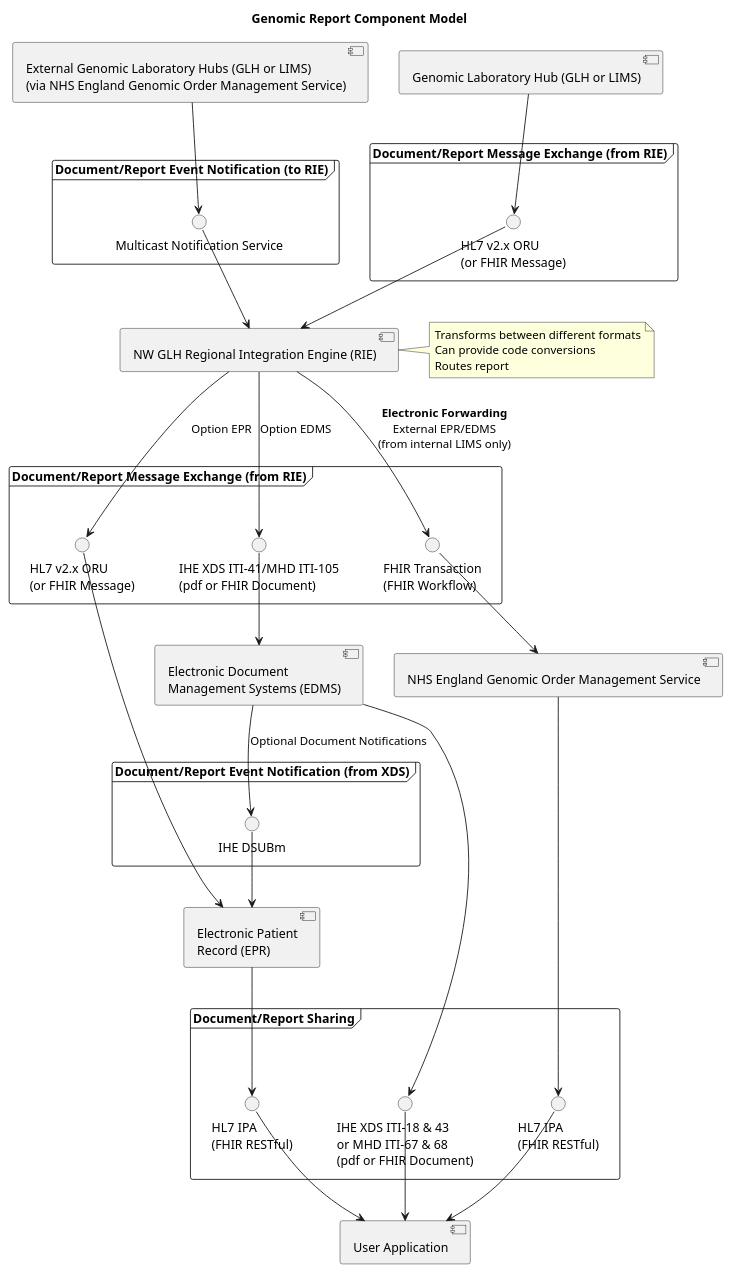
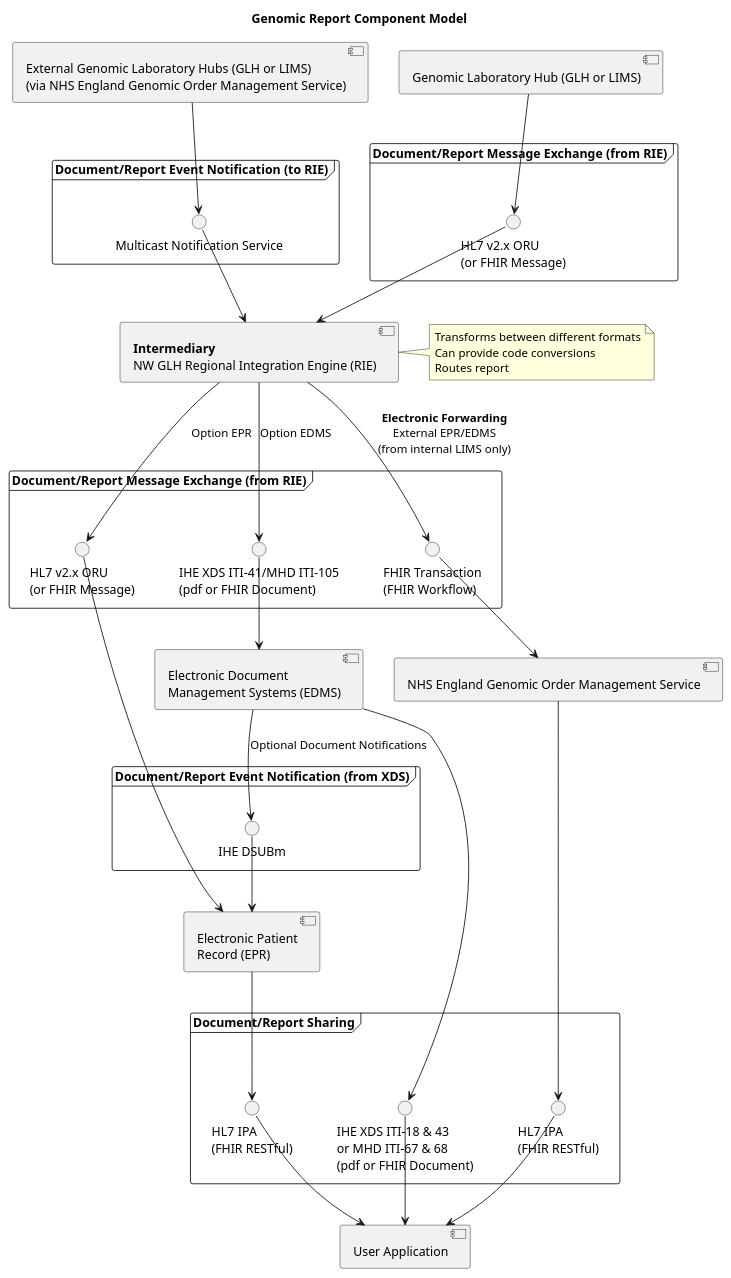
The diagram in input/images-source/reports-component.plantuml (nw-gmsa/nw-gmsa.github.com), drawn with PlantUML before and after one commit. The commit also changed 11 other files, not shown here.

```diff
--- a/input/images-source/reports-component.plantuml
+++ b/input/images-source/reports-component.plantuml
@@ -1,77 +1,77 @@
 @startuml
 
 title "Genomic Report Component Model"
 
 component "Genomic Laboratory Hub (GLH or LIMS)" as LIMS
 component "External Genomic Laboratory Hubs (GLH or LIMS)\n(via NHS England Genomic Order Management Service)" as xLIMS
 
 component "Electronic Patient\nRecord (EPR)" as EPR
 
 component "Electronic Document\nManagement Systems (EDMS)" as EDMS
 
-component "NW GLH Regional Integration Engine (RIE)" as TIE
+component "**Intermediary**\nNW GLH Regional Integration Engine (RIE)" as TIE
 component "NHS England Genomic Order Management Service" as GOMS
 
 frame "Document/Report Event Notification (to RIE)" as xNofify1 {
  interface "Multicast Notification Service" as MNS
 }
 frame "Document/Report Event Notification (from XDS)" as xNofify2 {
 interface "IHE DSUBm" as DSUBm
 }
 
 frame "Document/Report Message Exchange (from RIE)" as xChange1 {
  interface "HL7 v2.x ORU\n(or FHIR Message)" as HL7_ORU1
 }
 
 frame "Document/Report Message Exchange (from RIE)" as xChange2 {
 
  interface "HL7 v2.x ORU\n(or FHIR Message)" as HL7_ORU2
  interface "IHE XDS ITI-41/MHD ITI-105\n(pdf or FHIR Document)" as MHD105
  interface "FHIR Transaction\n(FHIR Workflow)" as Transaction
 }
 
 
 frame "Document/Report Sharing" as xShare {
   interface "HL7 IPA\n(FHIR RESTful)" as IPA
   interface "IHE XDS ITI-18 & 43\nor MHD ITI-67 & 68\n(pdf or FHIR Document)" as MHD67
   interface "HL7 IPA\n(FHIR RESTful)" as IPA2
 }
 
 
 
 
 component "User Application" as user
 
 LIMS -d-> HL7_ORU1
 HL7_ORU1 -d-> TIE
 
 xLIMS -d-> MNS
 MNS -d-> TIE
 
 TIE -d-> HL7_ORU2 : Option EPR
 HL7_ORU2 -d-> EPR
 
 TIE -d-> MHD105 : Option EDMS
 MHD105 -d-> EDMS
 
 TIE -d-> Transaction : **Electronic Forwarding**\nExternal EPR/EDMS\n(from internal LIMS only)
 Transaction -d-> GOMS
 GOMS -d-> IPA2
 
 EDMS -d-> MHD67
 EPR -d-> IPA
 
 IPA -d-> user
 MHD67 -d-> user
 IPA2 -d-> user
 
 EDMS --> DSUBm : Optional Document Notifications
 DSUBm --> EPR
 
 note right of TIE
 Transforms between different formats
 Can provide code conversions
 Routes report
 end note
 
 @enduml
```
